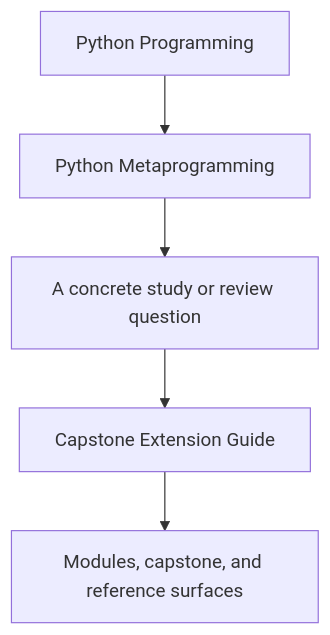
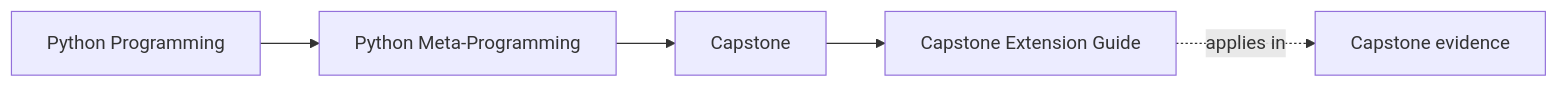
One commit to bijux/bijux-masterclass changed the first of 2 diagrams in programs/python-programming/python-meta-programming/course-book/capstone/capstone-extension-guide.md. Above: the diagram before and after it, drawn with Mermaid. The commit also changed other lines of this file and 91 other files, not shown here.

Commit message:
docs(python-meta-programming): map advanced runtime and capstone surfaces

````diff
--- a/programs/python-programming/python-meta-programming/course-book/capstone/capstone-extension-guide.md
+++ b/programs/python-programming/python-meta-programming/course-book/capstone/capstone-extension-guide.md
@@ -6,7 +6,11 @@
 ```mermaid
-flowchart TD
-  family["Python Programming"] --> program["Python Metaprogramming"]
-  program --> pressure["A concrete study or review question"]
-  pressure --> guide["Capstone Extension Guide"]
-  guide --> next["Modules, capstone, and reference surfaces"]
+graph LR
+  family["Python Programming"]
+  program["Python Meta-Programming"]
+  section["Capstone"]
+  page["Capstone Extension Guide"]
+  capstone["Capstone evidence"]
+
+  family --> program --> section --> page
+  page -.applies in.-> capstone
 ```
````
